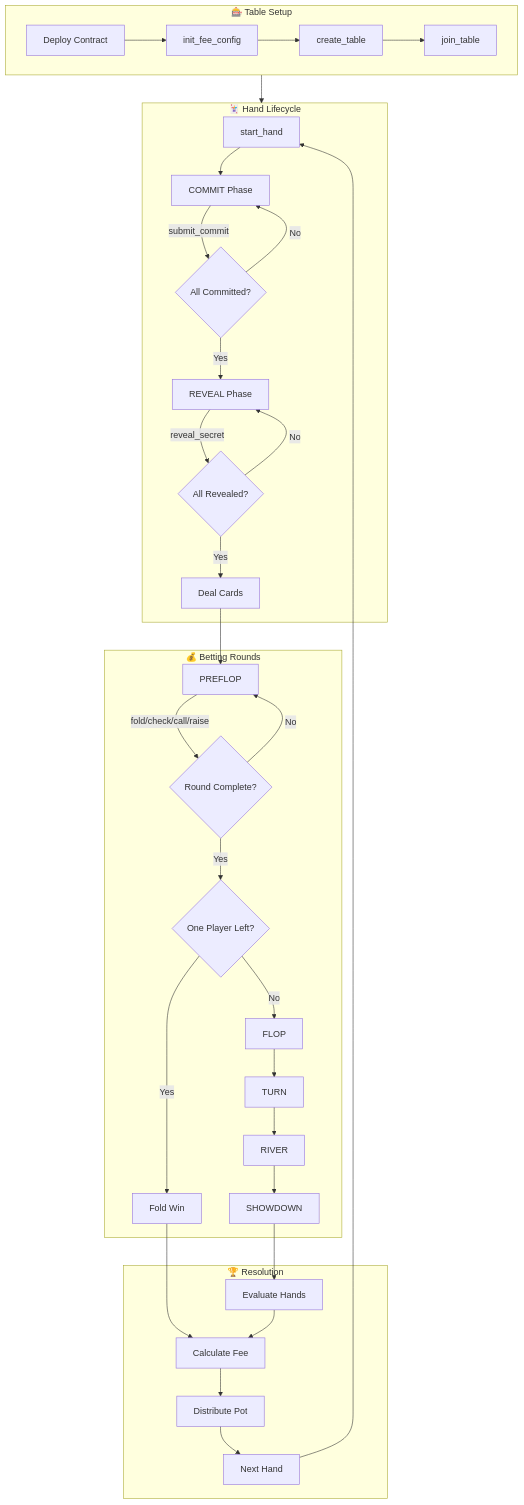
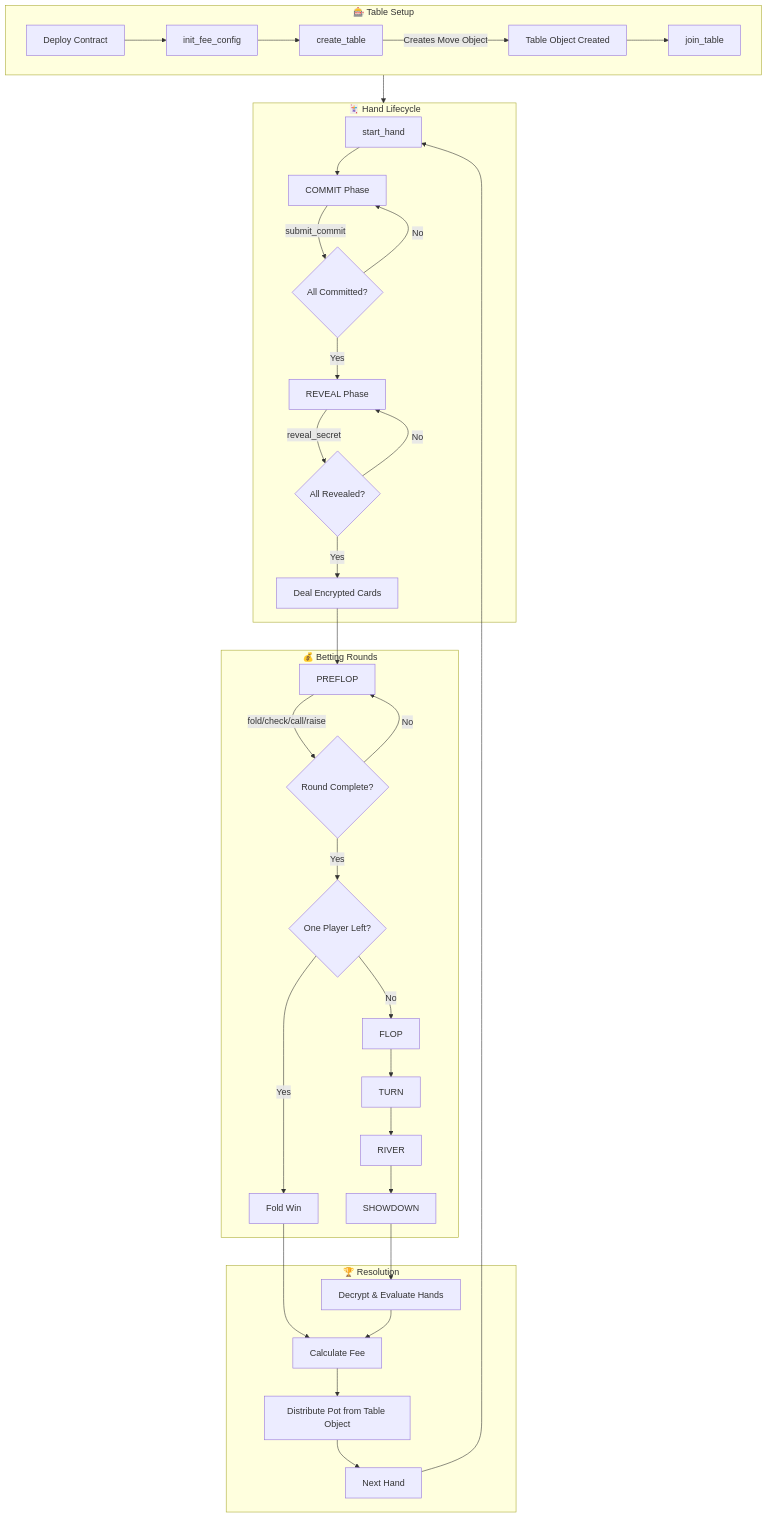
Before and after one commit to Inferenco/5-seat-texas-hold-em: the diagram in packages/contracts/docs/DEPLOYMENT.md, drawn with Mermaid. The commit also changed other lines of this file and 3 other files, not shown here.

````diff
--- a/packages/contracts/docs/DEPLOYMENT.md
+++ b/packages/contracts/docs/DEPLOYMENT.md
@@ -50,41 +57,42 @@
 ```mermaid
 flowchart TB
     subgraph Setup["🎰 Table Setup"]
         A[Deploy Contract] --> B[init_fee_config]
         B --> C[create_table]
-        C --> D[join_table]
+        C -->|Creates Move Object| D[Table Object Created]
+        D --> E[join_table]
     end
     
     subgraph HandFlow["🃏 Hand Lifecycle"]
-        E[start_hand] --> F[COMMIT Phase]
-        F -->|submit_commit| G{All Committed?}
-        G -->|No| F
-        G -->|Yes| H[REVEAL Phase]
-        H -->|reveal_secret| I{All Revealed?}
-        I -->|No| H
-        I -->|Yes| J[Deal Cards]
+        F[start_hand] --> G[COMMIT Phase]
+        G -->|submit_commit| H{All Committed?}
+        H -->|No| G
+        H -->|Yes| I[REVEAL Phase]
+        I -->|reveal_secret| J{All Revealed?}
+        J -->|No| I
+        J -->|Yes| K[Deal Encrypted Cards]
     end
     
     subgraph Betting["💰 Betting Rounds"]
-        J --> K[PREFLOP]
-        K -->|fold/check/call/raise| L{Round Complete?}
-        L -->|No| K
-        L -->|Yes| M{One Player Left?}
-        M -->|Yes| R[Fold Win]
-        M -->|No| N[FLOP]
-        N --> O[TURN]
-        O --> P[RIVER]
-        P --> Q[SHOWDOWN]
+        K --> L[PREFLOP]
+        L -->|fold/check/call/raise| M{Round Complete?}
+        M -->|No| L
+        M -->|Yes| N{One Player Left?}
+        N -->|Yes| R[Fold Win]
+        N -->|No| O[FLOP]
+        O --> P[TURN]
+        P --> Q[RIVER]
+        Q --> S[SHOWDOWN]
     end
     
     subgraph Resolution["🏆 Resolution"]
-        Q --> S[Evaluate Hands]
-        R --> T[Calculate Fee]
-        S --> T
-        T --> U[Distribute Pot]
-        U --> V[Next Hand]
-        V --> E
+        S --> T[Decrypt & Evaluate Hands]
+        R --> U[Calculate Fee]
+        T --> U
+        U --> V[Distribute Pot from Table Object]
+        V --> W[Next Hand]
+        W --> F
     end
     
     Setup --> HandFlow
 ```
````
